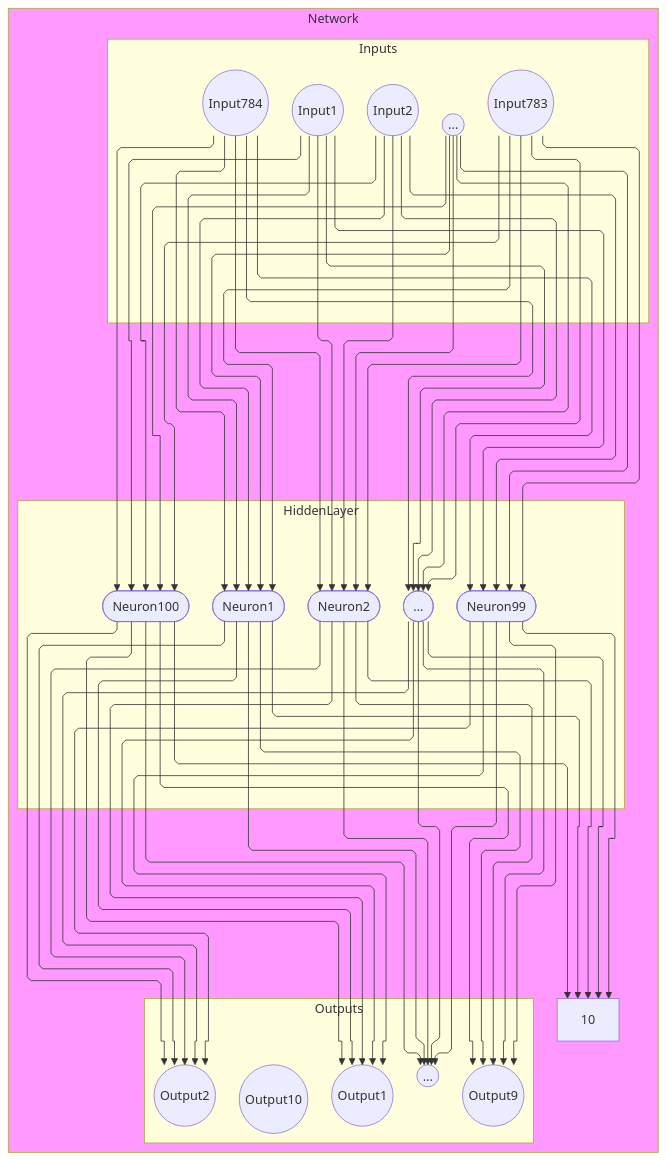
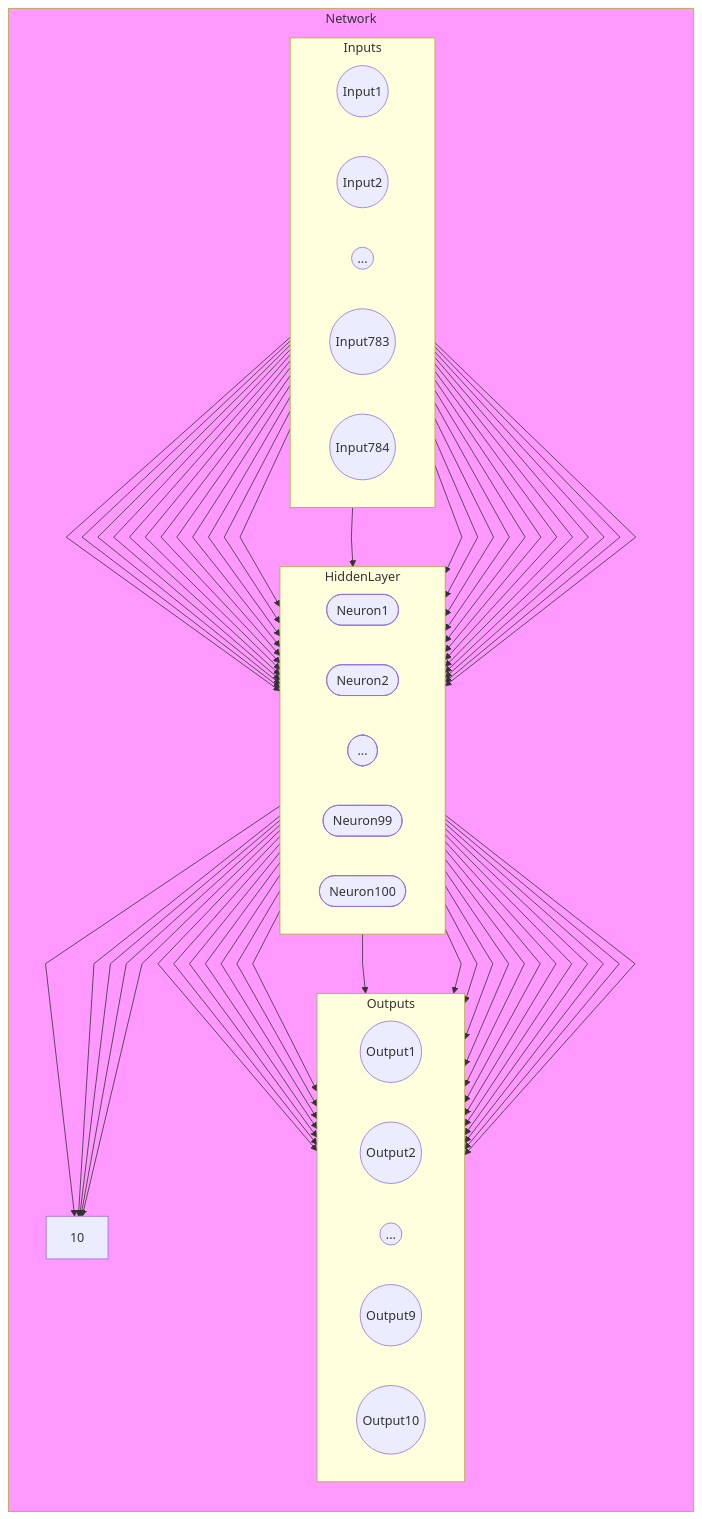
One commit to andrelohmann/ai-experiments changed the first of 2 diagrams in notebooks/01_fashionMNIST/README.md. Above: the diagram before and after it, drawn with Mermaid.

Commit message:
updated Network Graph

````diff
--- a/notebooks/01_fashionMNIST/README.md
+++ b/notebooks/01_fashionMNIST/README.md
@@ -11,47 +11,47 @@
 ```mermaid
-    %%{ init: { 'flowchart': { 'curve': 'linear', "defaultRenderer": "elk" } } }%%
+    %%{ init: { 'flowchart': { 'curve': 'linear' } } }%%
     flowchart TD
         subgraph Network
             direction TB
             style Network fill:#f9f
             subgraph Inputs
                 direction LR
                 I1((Input1));
                 I2((Input2));
                 Ix((...))
                 I783((Input783));
                 I784((Input784));
             end
 
             subgraph HiddenLayer
                 direction LR
                 N1([Neuron1]);
                 N2([Neuron2]);
                 Nx([...]);
                 N99([Neuron99]);
                 N100([Neuron100]);
             end
 
             subgraph Outputs
                 direction LR
                 O1((Output1));
                 O2((Output2));
                 Ox((...));
                 O9((Output9));
                 O10((Output10));
             end
 
             I1 --> N1 & N2 & Nx & N99 & N100
             I2 --> N1 & N2 & Nx & N99 & N100
             Ix --> N1 & N2 & Nx & N99 & N100
             I783 --> N1 & N2 & Nx & N99 & N100
             I784 --> N1 & N2 & Nx & N99 & N100
 
             N1 --> O1 & O2 & Ox & O9 & 10
             N2 --> O1 & O2 & Ox & O9 & 10
             Nx --> O1 & O2 & Ox & O9 & 10
             N99 --> O1 & O2 & Ox & O9 & 10
             N100 --> O1 & O2 & Ox & O9 & 10
 
         end
 ```
````
